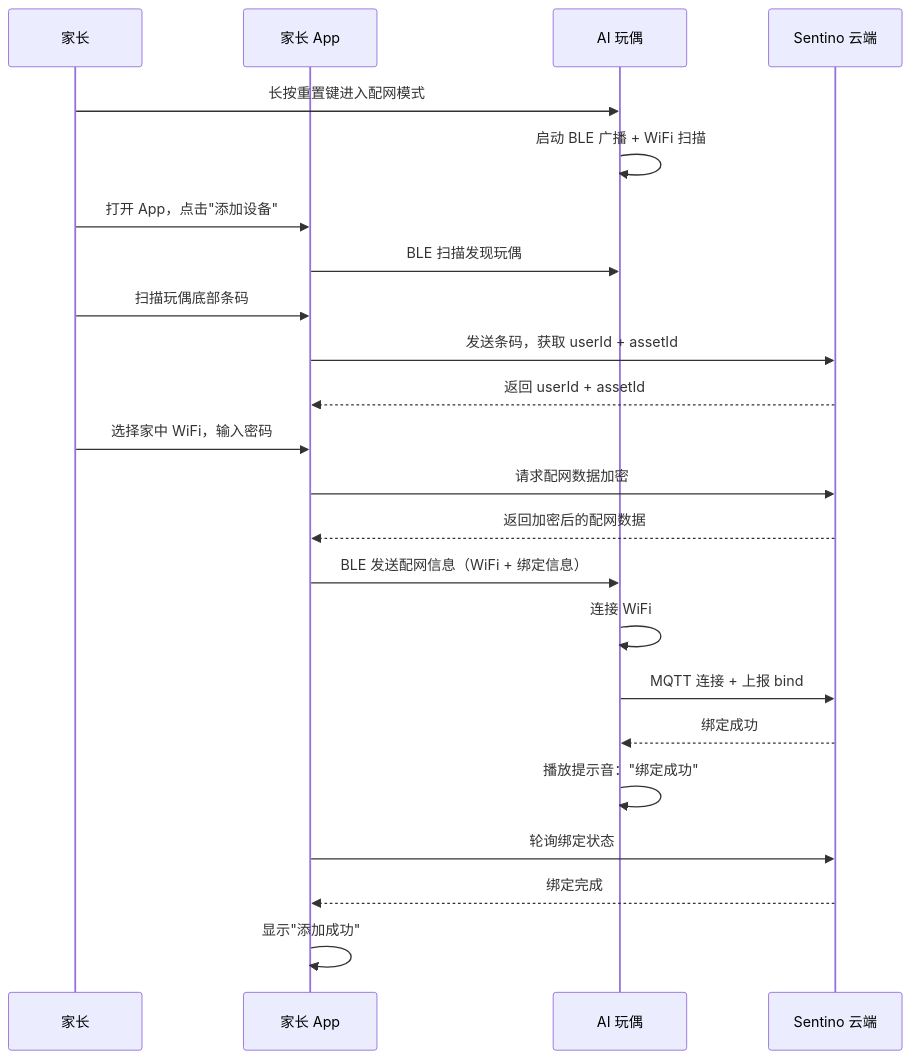
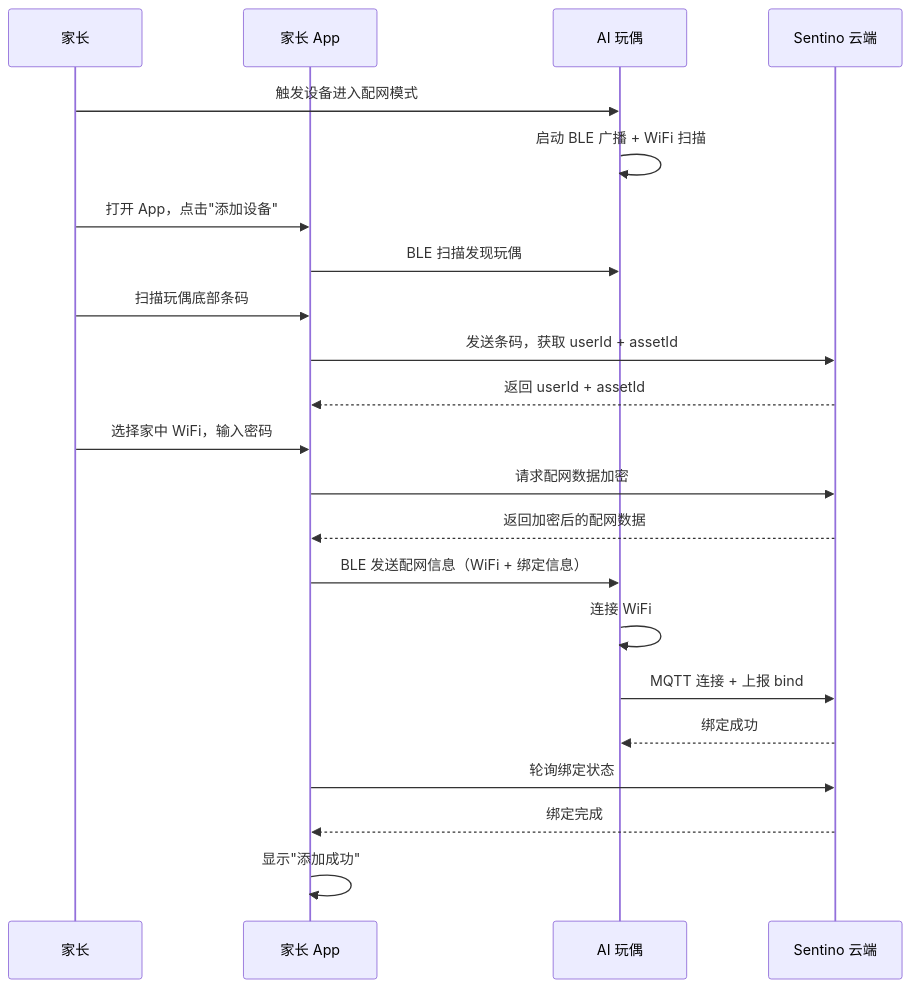
One commit to sentino-jp/iot-docs changed the third of 7 diagrams in solution-ai-toy.md. Above: the diagram before and after it, drawn with Mermaid. The commit also changed other lines of this file and 9 other files, not shown here.

````diff
--- a/solution-ai-toy.md
+++ b/solution-ai-toy.md
@@ -83,26 +85,25 @@
 ```mermaid
 sequenceDiagram
     participant User as 家长
     participant App as 家长 App
     participant Toy as AI 玩偶
     participant Cloud as Sentino 云端
 
-    User->>Toy: 长按重置键进入配网模式
+    User->>Toy: 触发设备进入配网模式
     Toy->>Toy: 启动 BLE 广播 + WiFi 扫描
     User->>App: 打开 App，点击"添加设备"
     App->>Toy: BLE 扫描发现玩偶
     User->>App: 扫描玩偶底部条码
     App->>Cloud: 发送条码，获取 userId + assetId
     Cloud-->>App: 返回 userId + assetId
     User->>App: 选择家中 WiFi，输入密码
     App->>Cloud: 请求配网数据加密
     Cloud-->>App: 返回加密后的配网数据
     App->>Toy: BLE 发送配网信息（WiFi + 绑定信息）
     Toy->>Toy: 连接 WiFi
     Toy->>Cloud: MQTT 连接 + 上报 bind
     Cloud-->>Toy: 绑定成功
-    Toy->>Toy: 播放提示音："绑定成功"
     App->>Cloud: 轮询绑定状态
     Cloud-->>App: 绑定完成
     App->>App: 显示"添加成功"
 ```
````
